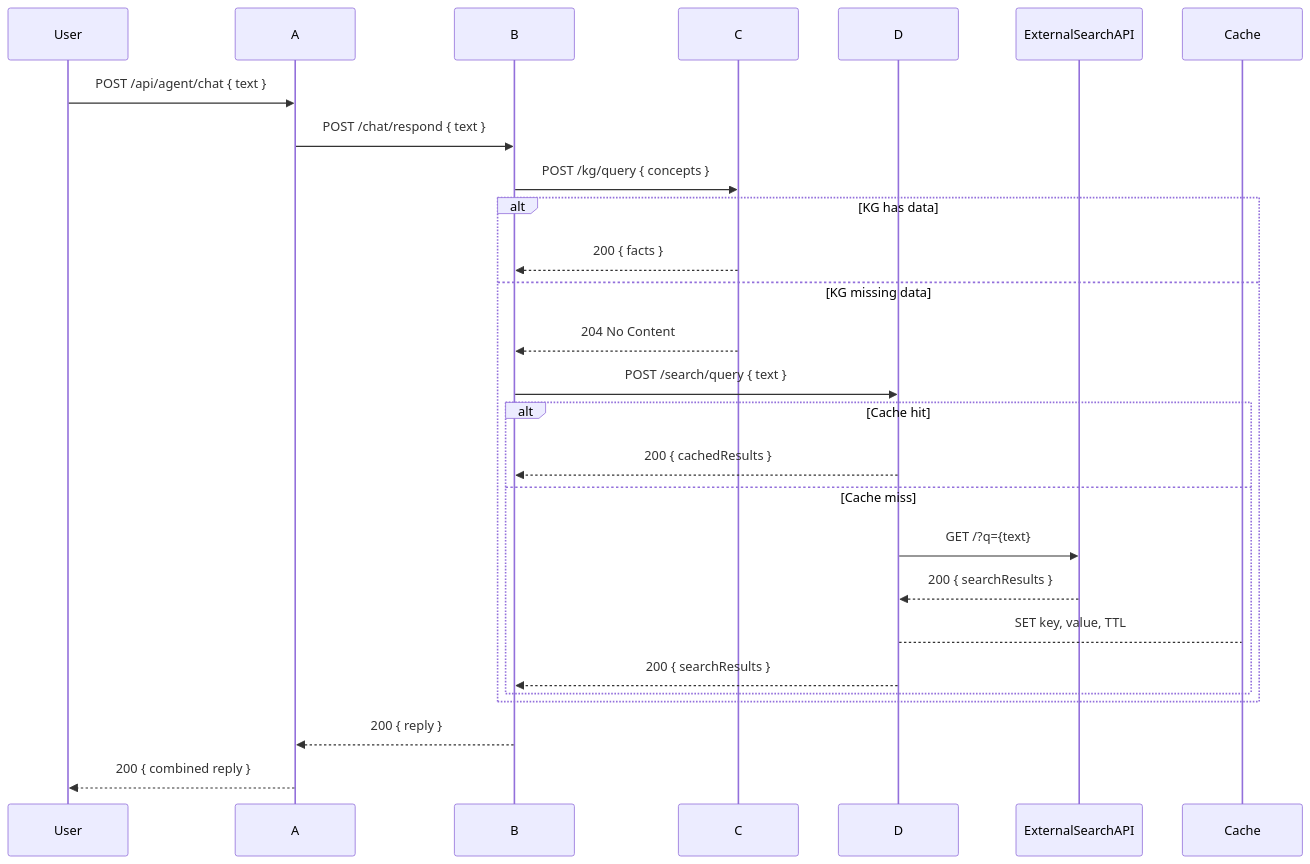
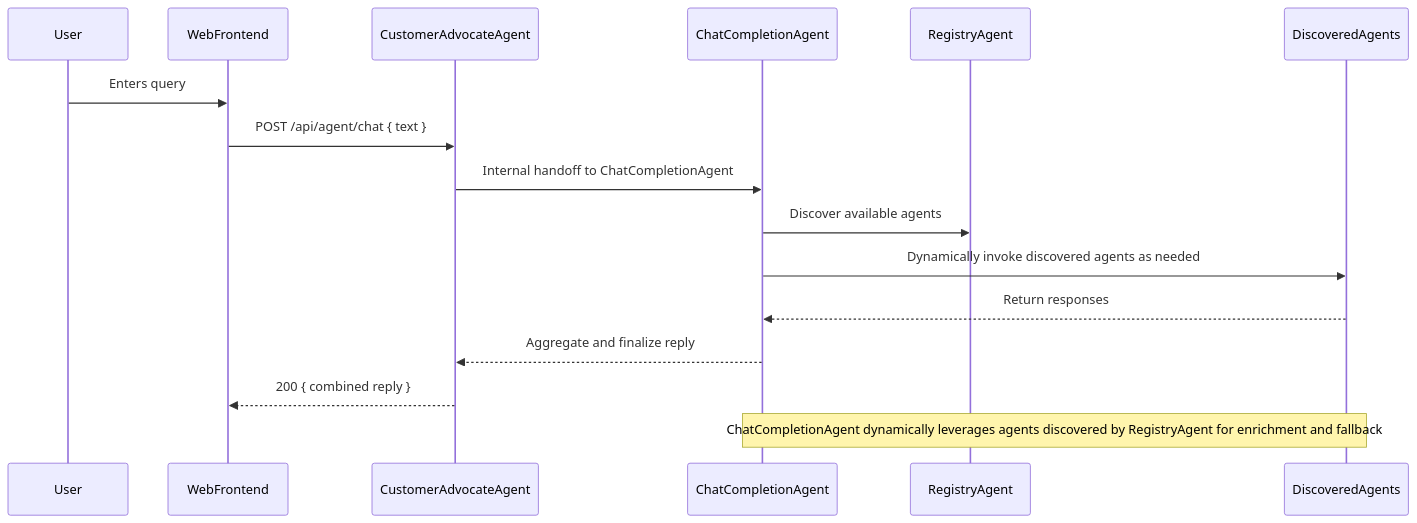
Before and after one commit to Donelle/Agent2Agent: the diagram in Docs/agents.md, drawn with Mermaid. The commit also changed other lines of this file and 8 other files, not shown here.

````diff
--- a/Docs/agents.md
+++ b/Docs/agents.md
@@ -45,22 +53,19 @@
 ```mermaid
 sequenceDiagram
-  User->>A: POST /api/agent/chat { text }
-  A->>B: POST /chat/respond { text }
-  B->>C: POST /kg/query { concepts }
-  alt KG has data
-    C-->>B: 200 { facts }
-  else KG missing data
-    C-->>B: 204 No Content
-    B->>D: POST /search/query { text }
-    alt Cache hit
-      D-->>B: 200 { cachedResults }
-    else Cache miss
-      D->>ExternalSearchAPI: GET /?q={text}
-      ExternalSearchAPI-->>D: 200 { searchResults }
-      D-->Cache: SET key, value, TTL
-      D-->>B: 200 { searchResults }
-    end
-  end
-  B-->>A: 200 { reply }
-  A-->>User: 200 { combined reply }
+  participant User
+  participant Web as WebFrontend
+  participant A as CustomerAdvocateAgent
+  participant Chat as ChatCompletionAgent
+  participant B as RegistryAgent
+  participant Dynamic as DiscoveredAgents
+
+  User->>Web: Enters query
+  Web->>A: POST /api/agent/chat { text }
+  A->>Chat: Internal handoff to ChatCompletionAgent
+  Chat->>B: Discover available agents
+  Chat->>Dynamic: Dynamically invoke discovered agents as needed
+  Dynamic-->>Chat: Return responses
+  Chat-->>A: Aggregate and finalize reply
+  A-->>Web: 200 { combined reply }
+  Note over Chat,Dynamic: ChatCompletionAgent dynamically leverages agents discovered by RegistryAgent for enrichment and fallback
 ```
````
